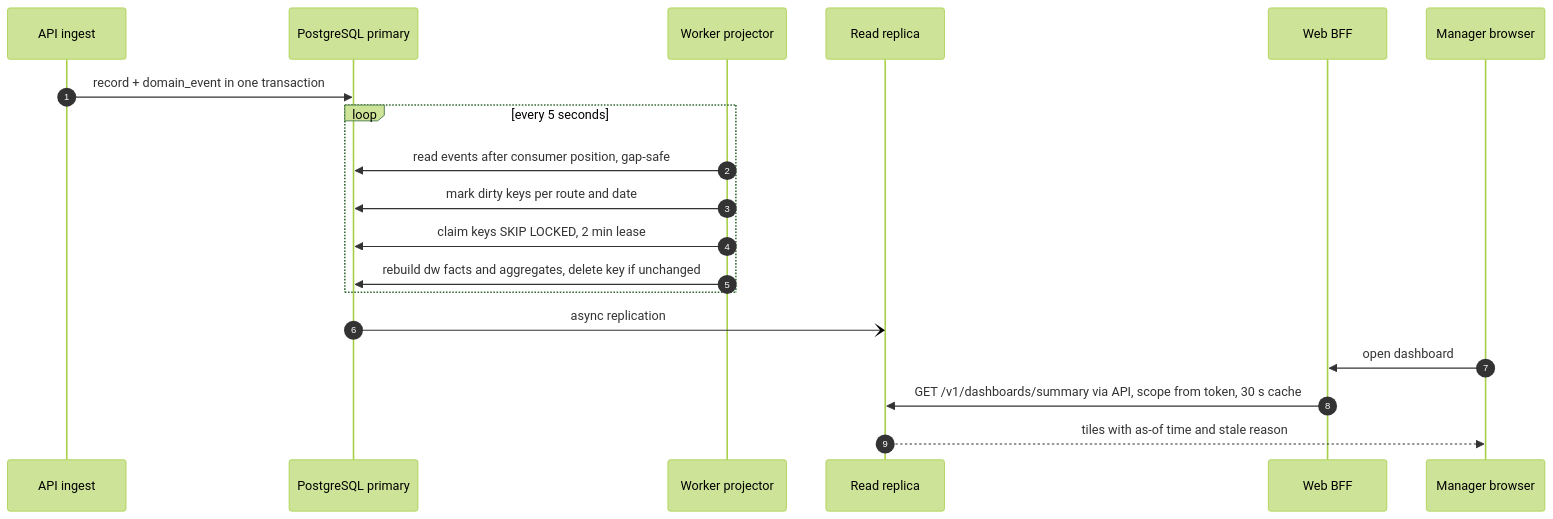
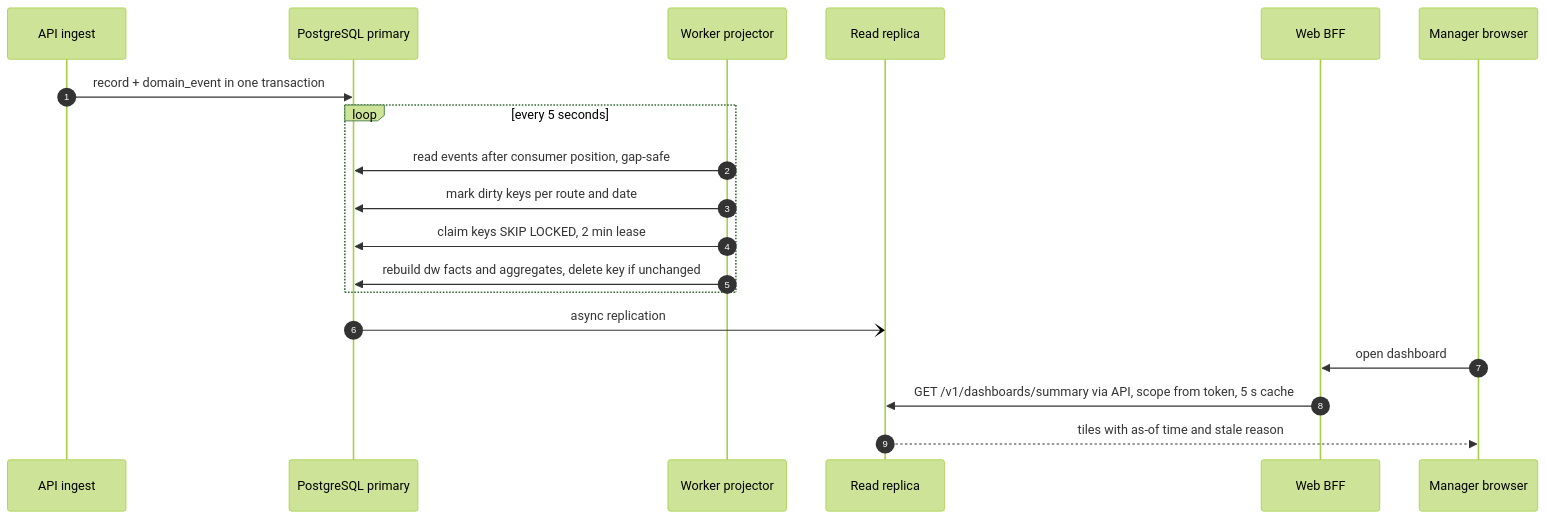
One commit to asefameerador96-ctrl/Aron-Pro-Max changed the seventh of 11 diagrams in docs/33-final-azure-architecture/part-a-high-level-design.md. Above: the diagram before and after it, drawn with Mermaid (forest theme). The commit also changed 3 other files, not shown here.

````diff
--- a/docs/33-final-azure-architecture/part-a-high-level-design.md
+++ b/docs/33-final-azure-architecture/part-a-high-level-design.md
@@ -490,21 +490,21 @@
 ```mermaid
 sequenceDiagram
   autonumber
   participant API as API ingest
   participant DB as PostgreSQL primary
   participant WRK as Worker projector
   participant RR as Read replica
   participant WEB as Web BFF
   participant MGR as Manager browser
   API->>DB: record + domain_event in one transaction
   loop every 5 seconds
     WRK->>DB: read events after consumer position, gap-safe
     WRK->>DB: mark dirty keys per route and date
     WRK->>DB: claim keys SKIP LOCKED, 2 min lease
     WRK->>DB: rebuild dw facts and aggregates, delete key if unchanged
   end
   DB-)RR: async replication
   MGR->>WEB: open dashboard
-  WEB->>RR: GET /v1/dashboards/summary via API, scope from token, 30 s cache
+  WEB->>RR: GET /v1/dashboards/summary via API, scope from token, 5 s cache
   RR-->>MGR: tiles with as-of time and stale reason
 ```
````
